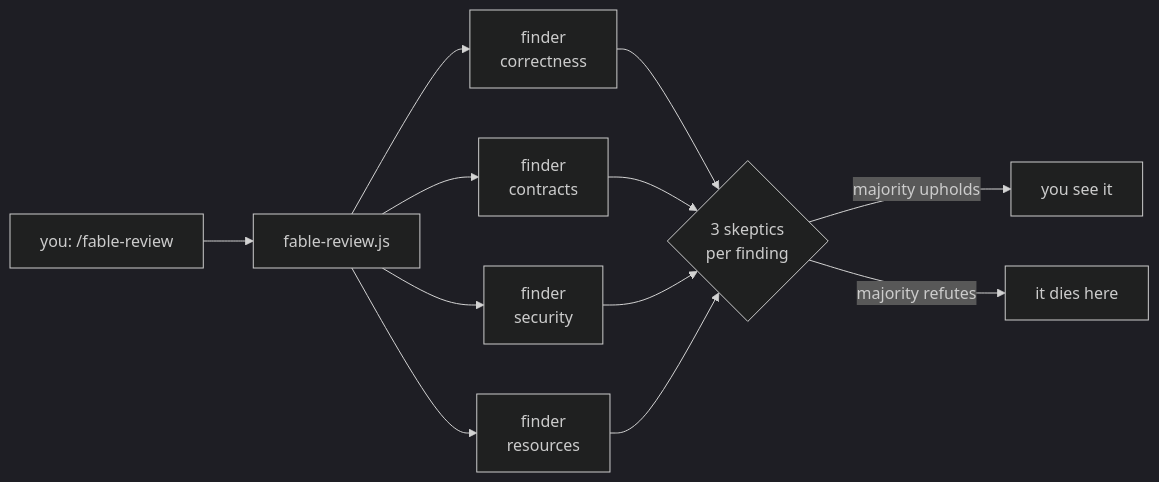
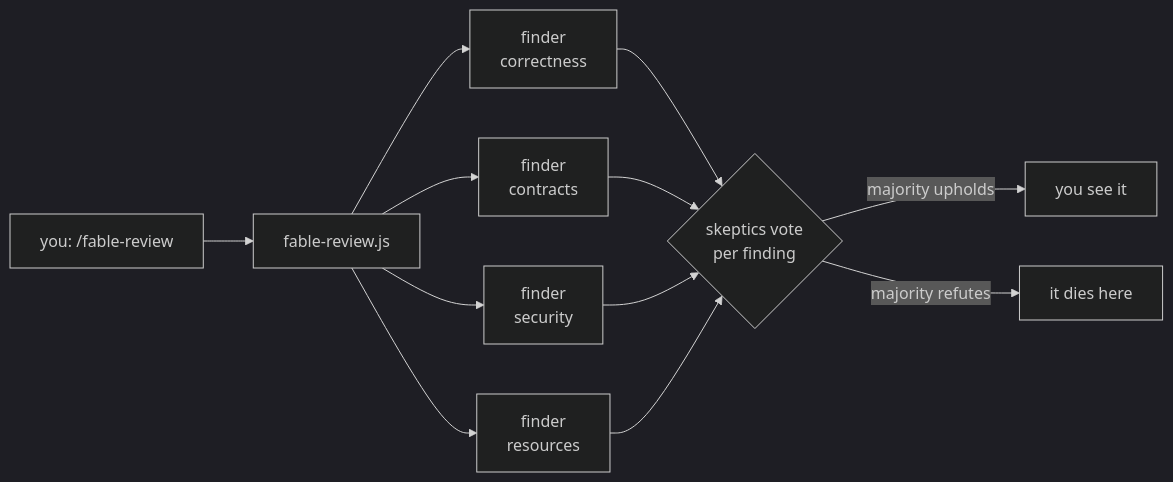
The diagram in README.md (creativeskyai/Fable-Mode), drawn with Mermaid (dark theme) before and after one commit. The commit also changed other lines of this file and 42 other files, not shown here.

````diff
--- a/README.md
+++ b/README.md
@@ -127,11 +121,11 @@
 ```mermaid
 flowchart LR
     U["you: /fable-review"] --> W["fable-review.js"]
     W --> F1["finder<br/>correctness"]
     W --> F2["finder<br/>contracts"]
     W --> F3["finder<br/>security"]
     W --> F4["finder<br/>resources"]
-    F1 & F2 & F3 & F4 --> S{"3 skeptics<br/>per finding"}
+    F1 & F2 & F3 & F4 --> S{"skeptics vote<br/>per finding"}
     S -->|"majority upholds"| OK["you see it"]
     S -->|"majority refutes"| DEAD["it dies here"]
 ```
````
